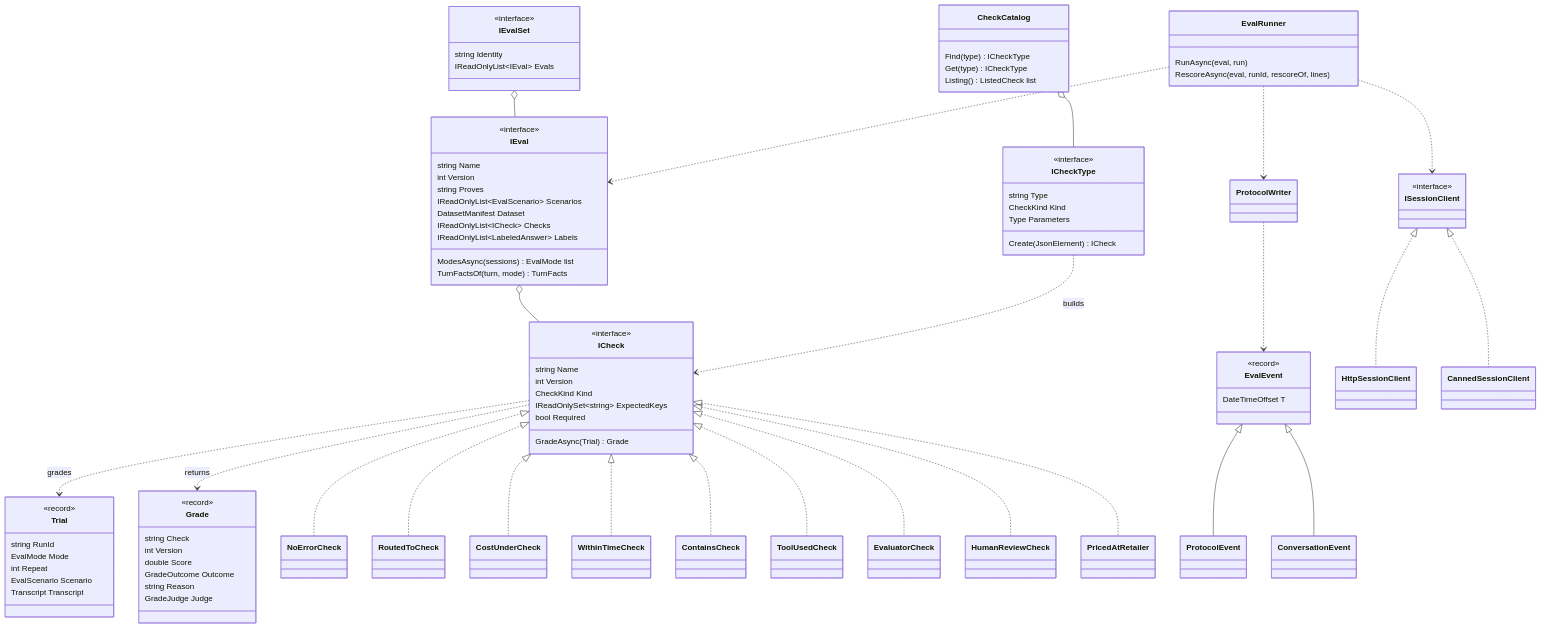
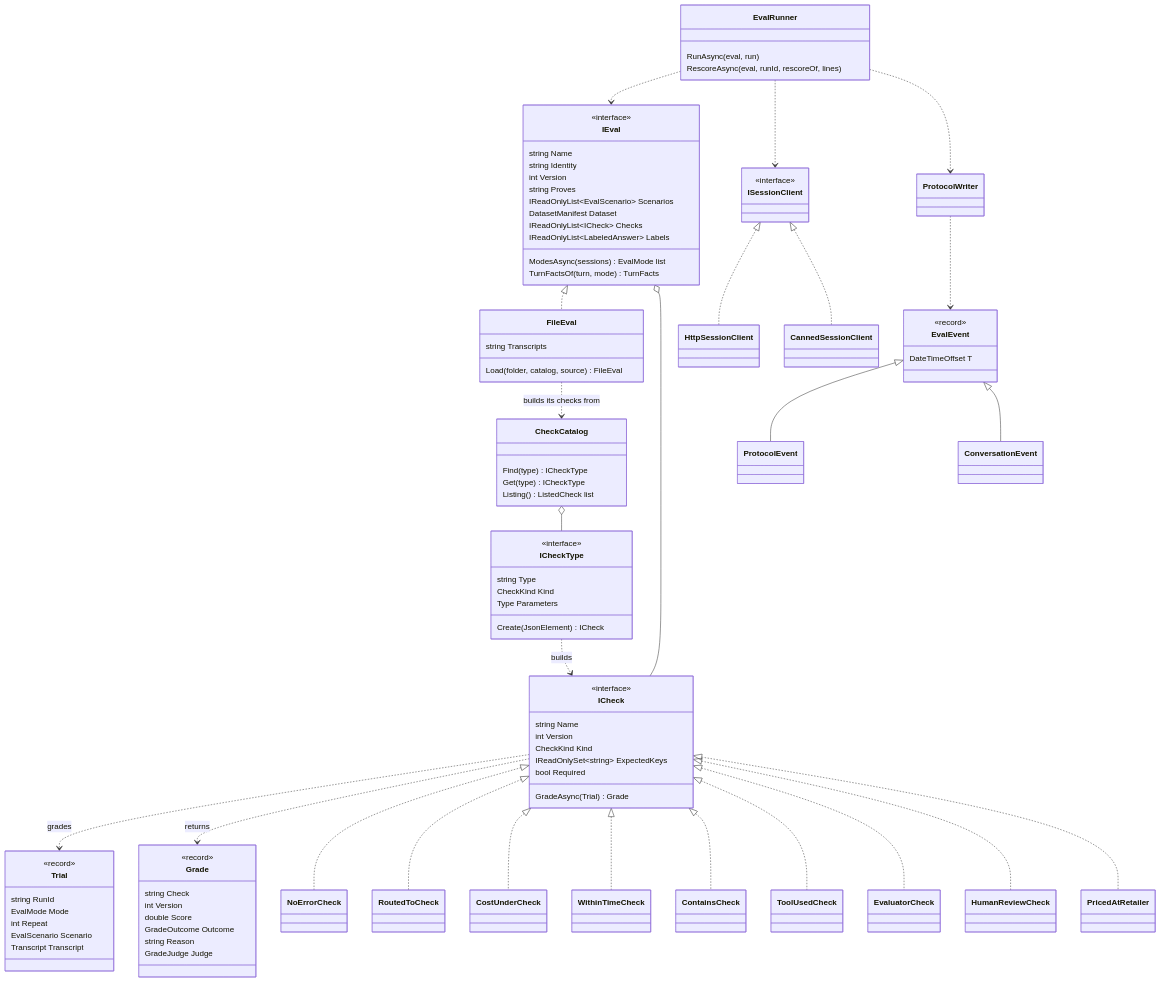
One commit to bosbevk/louis-agent changed the second of 4 diagrams in docs/architecture/evals.md. Above: the diagram before and after it, drawn with Mermaid. The commit also changed other lines of this file and 19 other files, not shown here.

````diff
--- a/docs/architecture/evals.md
+++ b/docs/architecture/evals.md
@@ -70,13 +76,13 @@
 ```mermaid
 classDiagram
-  class IEvalSet {
-    <<interface>>
-    string Identity
-    IReadOnlyList~IEval~ Evals
+  class FileEval {
+    Load(folder, catalog, source) FileEval
+    string Transcripts
   }
   class IEval {
     <<interface>>
     string Name
+    string Identity
     int Version
     string Proves
     ModesAsync(sessions) EvalMode list
@@ -135,8 +141,9 @@
     <<record>>
     DateTimeOffset T
   }
-  IEvalSet o-- IEval
+  IEval <|.. FileEval
   IEval o-- ICheck
+  FileEval ..> CheckCatalog : builds its checks from
   ICheck ..> Trial : grades
   ICheck ..> Grade : returns
   ICheck <|.. NoErrorCheck
````
